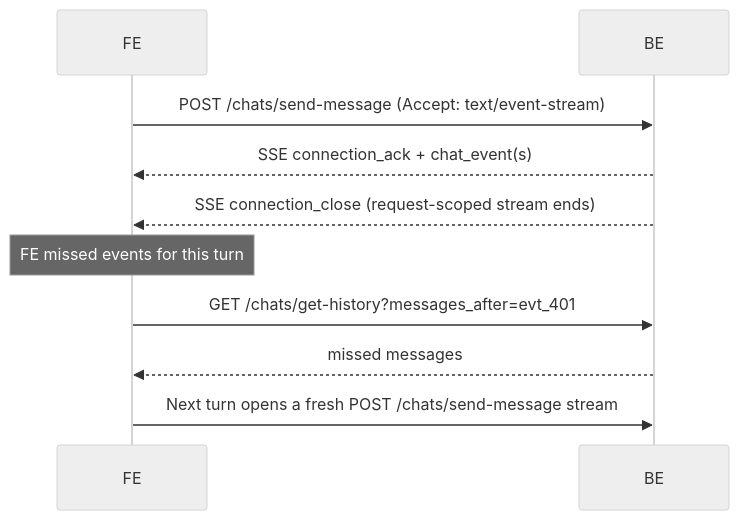
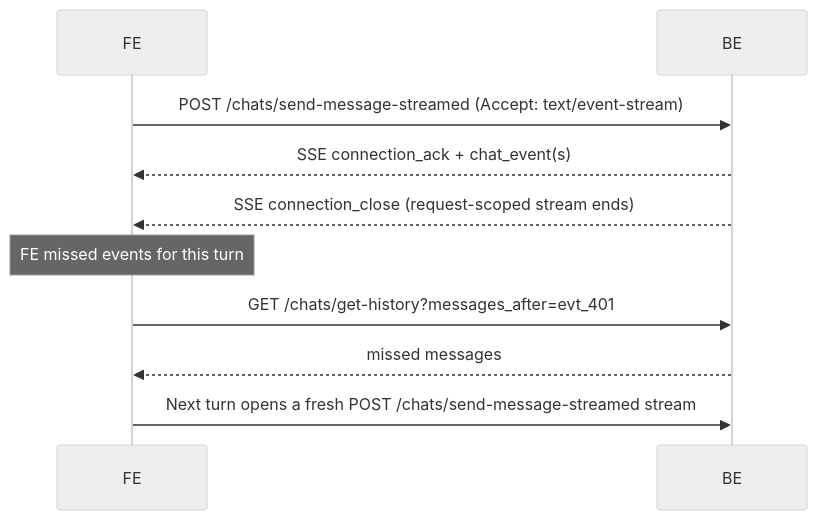
Before and after one commit to sachin-hg/chat-demo: the fourth of 4 diagrams in chat_v1.md, drawn with Mermaid (neutral theme). The commit also changed other lines of this file and 13 other files, not shown here.

````diff
--- a/chat_v1.md
+++ b/chat_v1.md
@@ -502,17 +507,17 @@
 ```mermaid
 sequenceDiagram
     participant FE
     participant BE
 
-    FE->>BE: POST /chats/send-message (Accept: text/event-stream)
+    FE->>BE: POST /chats/send-message-streamed (Accept: text/event-stream)
     BE-->>FE: SSE connection_ack + chat_event(s)
     BE-->>FE: SSE connection_close (request-scoped stream ends)
 
     Note over FE: FE missed events for this turn
 
     FE->>BE: GET /chats/get-history?messages_after=evt_401
     BE-->>FE: missed messages
 
-    FE->>BE: Next turn opens a fresh POST /chats/send-message stream
+    FE->>BE: Next turn opens a fresh POST /chats/send-message-streamed stream
 
 ```
````
